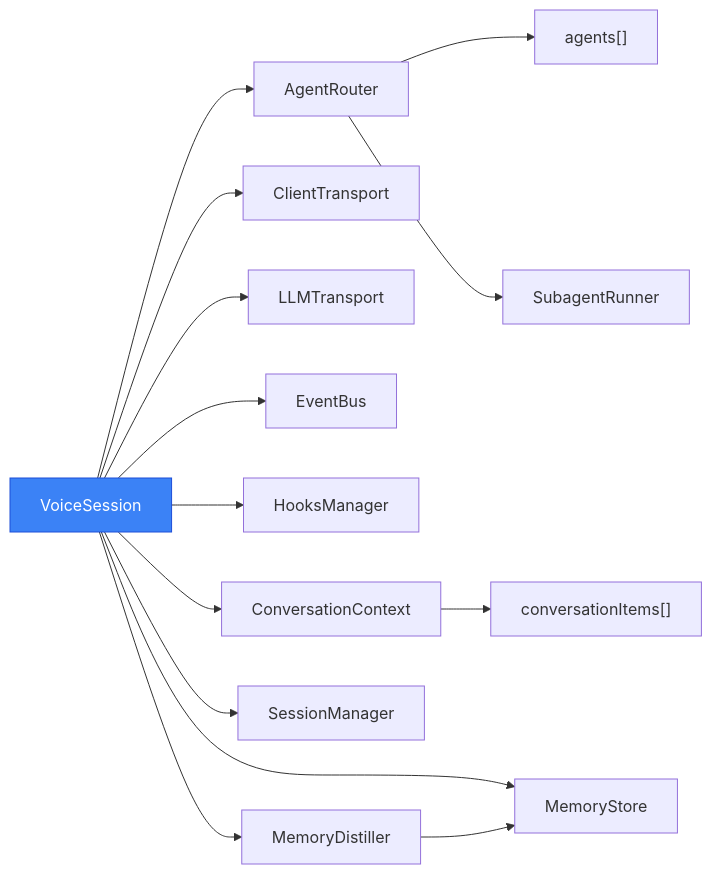
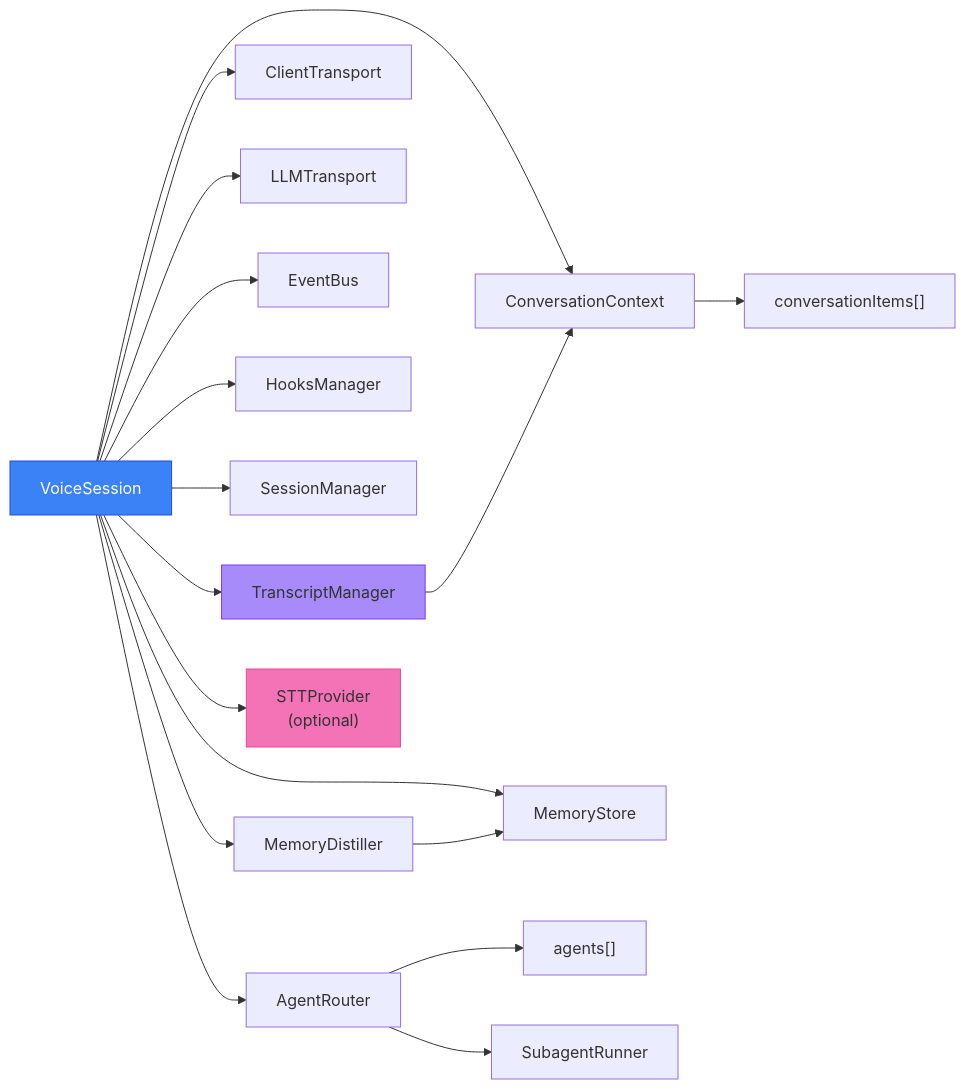
Before and after one commit to randombet/bodhi_realtime_agent: the second of 12 diagrams in docs/guide/architecture.md, drawn with Mermaid. The commit also changed other lines of this file and 4 other files, not shown here.

First line of the commit message:
docs: add STT provider documentation with diagrams

````diff
--- a/docs/guide/architecture.md
+++ b/docs/guide/architecture.md
@@ -57,19 +57,24 @@
 ```mermaid
 graph LR
     VS[VoiceSession] --> AR[AgentRouter]
     VS --> CT[ClientTransport]
     VS --> GT[LLMTransport]
     VS --> EB[EventBus]
     VS --> HM[HooksManager]
     VS --> CC[ConversationContext]
     VS --> SM[SessionManager]
+    VS --> TM[TranscriptManager]
+    VS --> STT["STTProvider<br/>(optional)"]
     VS --> MD[MemoryDistiller]
     VS --> MS[MemoryStore]
 
     AR --> A["agents[]"]
     AR --> SR[SubagentRunner]
     CC --> CI["conversationItems[]"]
+    TM --> CC
     MD --> MS
 
     style VS fill:#3b82f6,color:#fff,stroke:#1d4ed8
+    style STT fill:#f472b6,stroke:#ec4899
+    style TM fill:#a78bfa,stroke:#7c3aed
 ```
````
